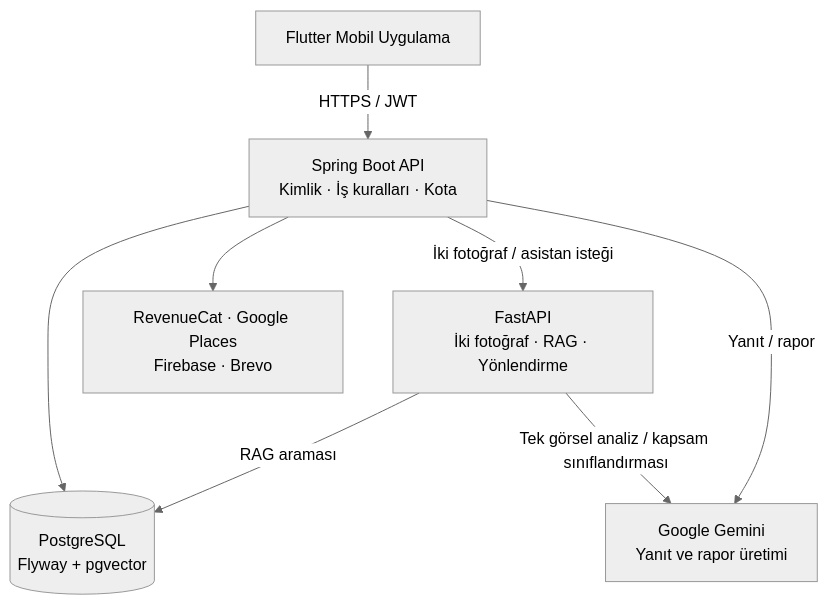
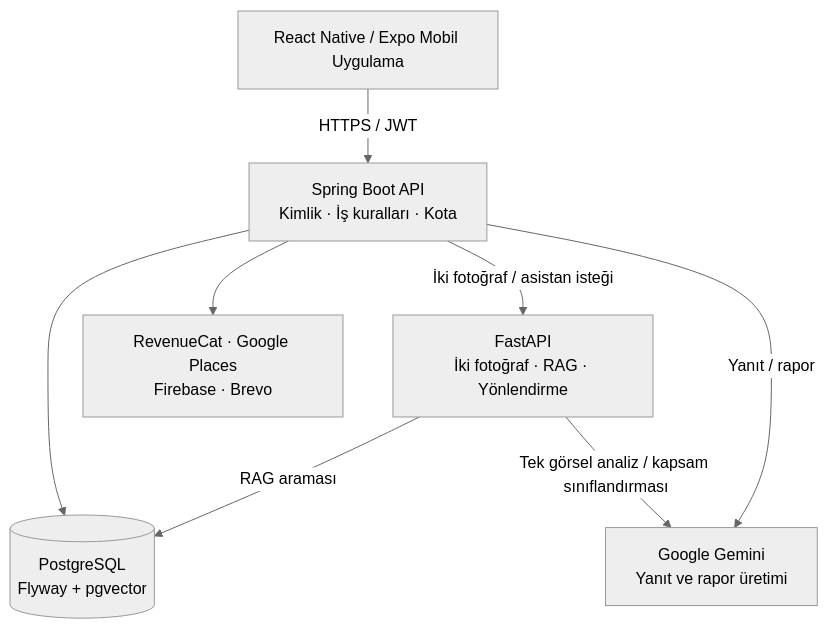
One commit to GorkemErtas/ekspersiz changed the first of 2 diagrams in README.md. Above: the diagram before and after it, drawn with Mermaid (neutral theme). The commit also changed other lines of this file and 16 other files, not shown here.

Commit message:
docs: align mobile architecture and release guidance with React Native

````diff
--- a/README.md
+++ b/README.md
@@ -25,17 +27,17 @@
 ```mermaid
 flowchart TB
-    Mobile["Flutter Mobil Uygulama"]
+    Mobile["React Native / Expo Mobil Uygulama"]
     API["Spring Boot API<br/>Kimlik · İş kuralları · Kota"]
     DB[("PostgreSQL<br/>Flyway + pgvector")]
     AI["FastAPI<br/>İki fotoğraf · RAG · Yönlendirme"]
     Gemini["Google Gemini<br/>Yanıt ve rapor üretimi"]
     External["RevenueCat · Google Places<br/>Firebase · Brevo"]
 
     Mobile -->|"HTTPS / JWT"| API
     API --> DB
     API -->|"İki fotoğraf / asistan isteği"| AI
     AI -->|"RAG araması"| DB
     AI -->|"Tek görsel analiz / kapsam sınıflandırması"| Gemini
     API -->|"Yanıt / rapor"| Gemini
     API --> External
 ```
````
